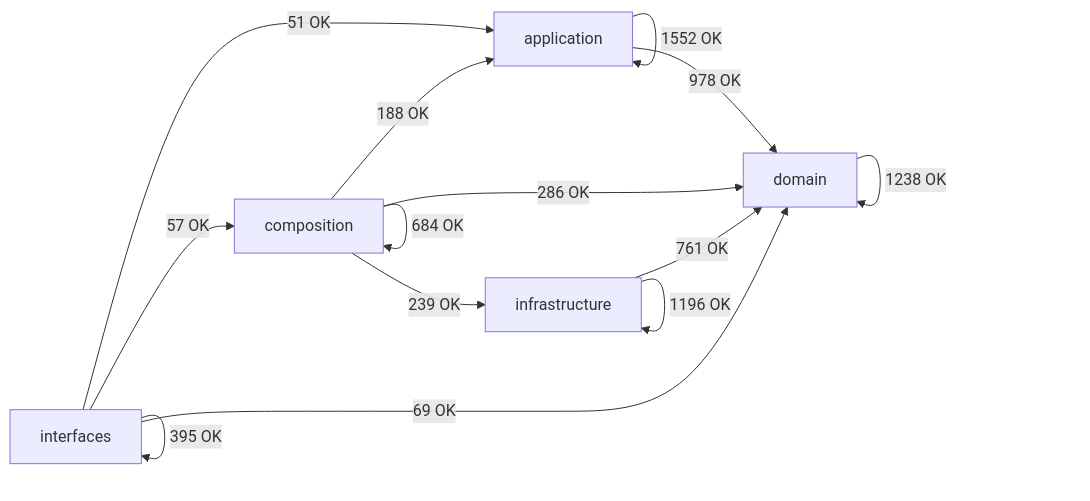
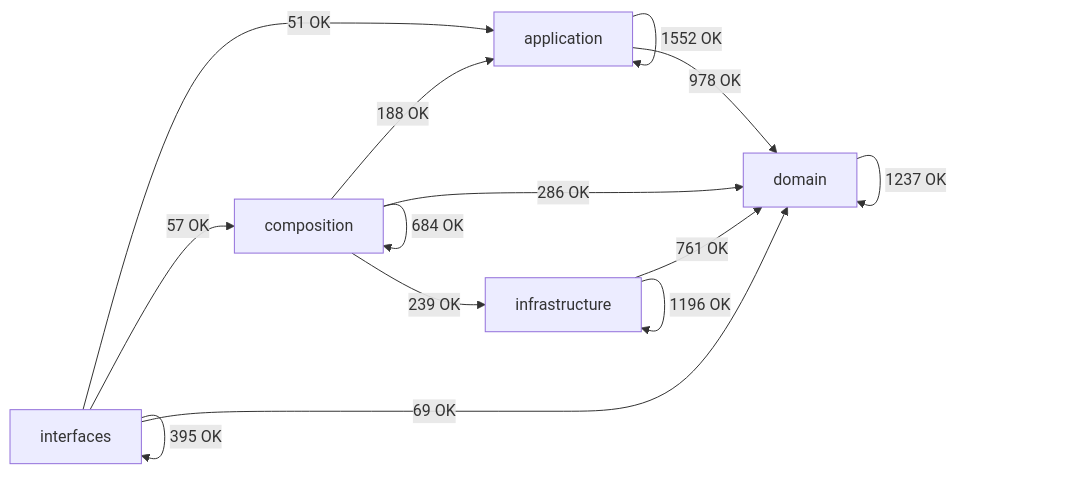
The diagram in docs/02-architecture/generated/module-dependency-map.md (SatoryKono/BioactivityDataAcquisition), drawn with Mermaid before and after one commit. The commit also changed other lines of this file and 17 other files, not shown here.

````diff
--- a/docs/02-architecture/generated/module-dependency-map.md
+++ b/docs/02-architecture/generated/module-dependency-map.md
@@ -17,21 +17,21 @@
 ```mermaid
 flowchart LR
     domain[domain]
     application[application]
     infrastructure[infrastructure]
     composition[composition]
     interfaces[interfaces]
     application -->|1552 OK| application
     application -->|978 OK| domain
     composition -->|188 OK| application
     composition -->|684 OK| composition
     composition -->|286 OK| domain
     composition -->|239 OK| infrastructure
-    domain -->|1238 OK| domain
+    domain -->|1237 OK| domain
     infrastructure -->|761 OK| domain
     infrastructure -->|1196 OK| infrastructure
     interfaces -->|51 OK| application
     interfaces -->|57 OK| composition
     interfaces -->|69 OK| domain
     interfaces -->|395 OK| interfaces
 ```
````
